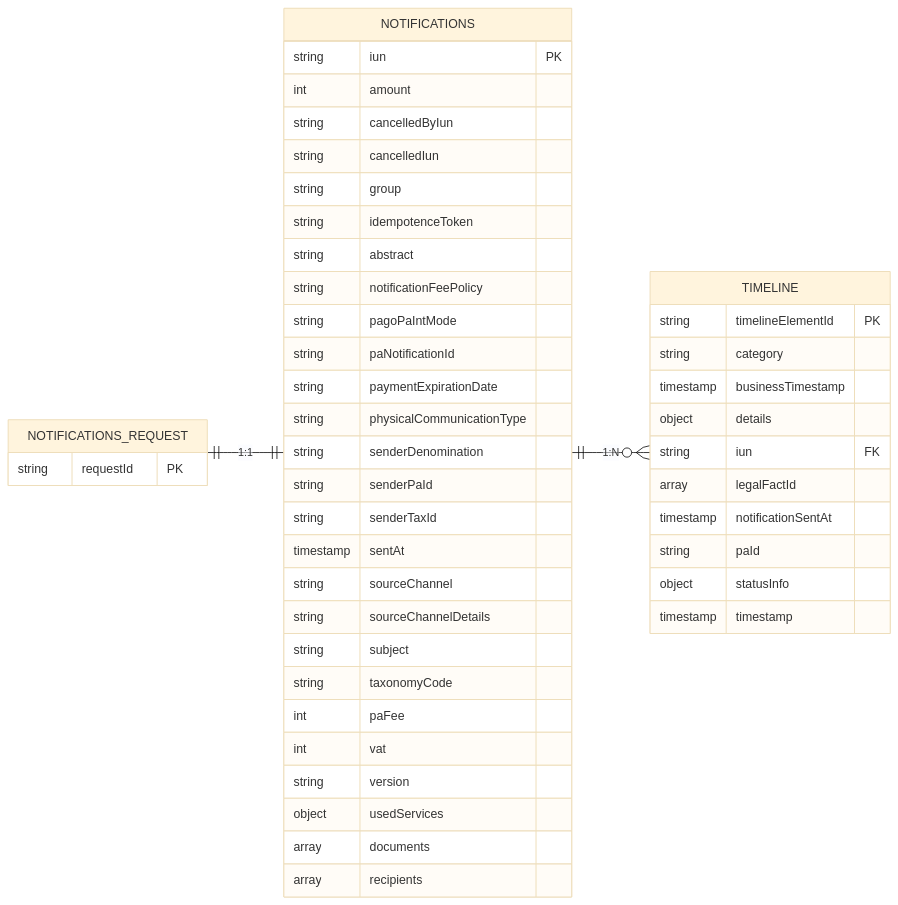
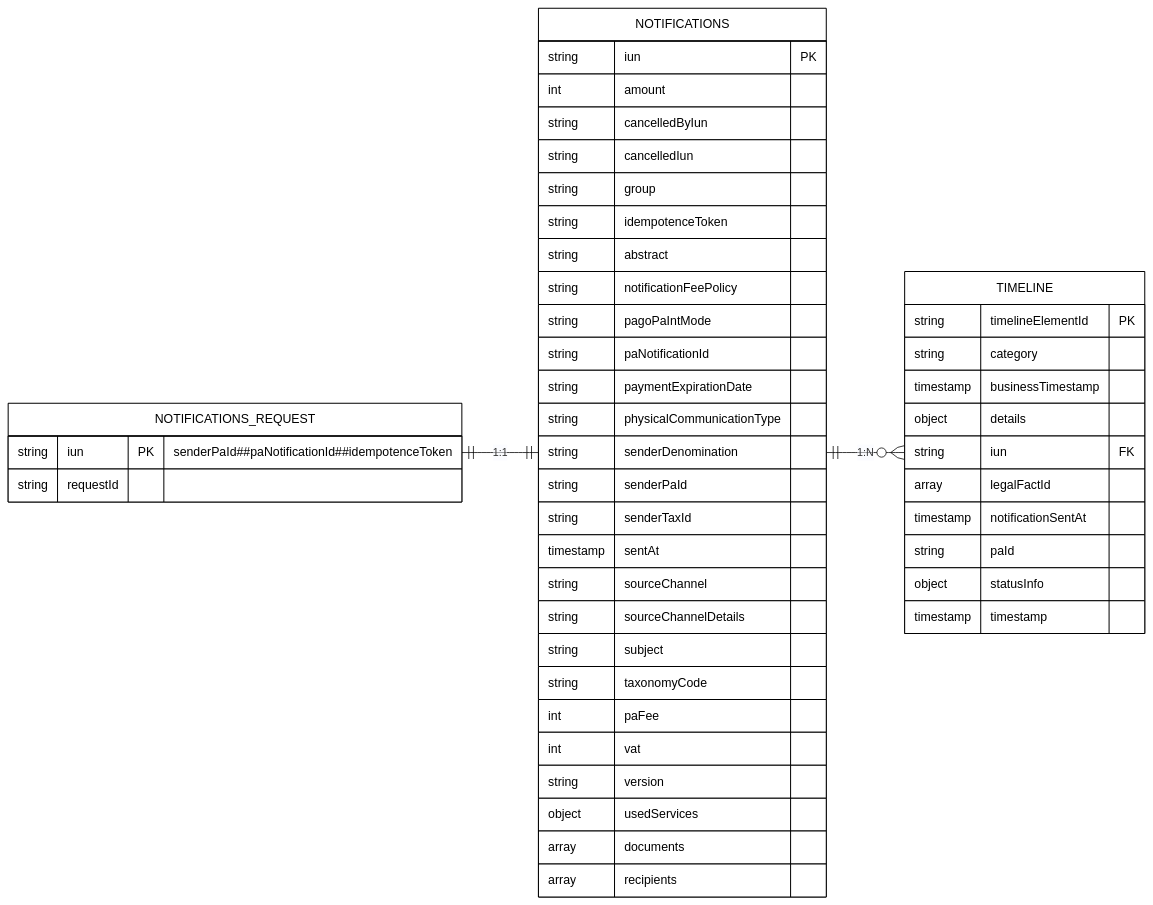
One commit to pagopa/pn-metrics changed the diagram in send_diagrams/notifications_timeline_er.mmd. Above: the diagram before and after it, drawn with Mermaid. The commit also changed 2 other files, not shown here.

Commit message:
docs: update notifications timeline ER diagram with new attributes and styles

```diff
--- a/send_diagrams/notifications_timeline_er.mmd
+++ b/send_diagrams/notifications_timeline_er.mmd
@@ -1,61 +1,66 @@
 %%{init: {
   "theme": "base",
   "themeVariables": {
-    "labelBackgroundColor": "#0B3D91",
-    "labelTextColor": "#FFFFFF",
+    "labelBackgroundColor": "#FFFFFF",
+    "labelTextColor": "#000000",
     "entityBkgColor": "#FFFFFF",
     "attributeBkgColor": "#FFFFFF",
     "background": "#FFFFFF"
   }
 }}%%
 erDiagram
     direction LR
 
     NOTIFICATIONS {
         string iun PK
         int amount
         string cancelledByIun
         string cancelledIun
         string group
         string idempotenceToken
         string abstract
         string notificationFeePolicy
         string pagoPaIntMode
         string paNotificationId
         string paymentExpirationDate
         string physicalCommunicationType
         string senderDenomination
         string senderPaId
         string senderTaxId
         timestamp sentAt
         string sourceChannel
         string sourceChannelDetails
         string subject
         string taxonomyCode
         int paFee
         int vat
         string version
         object usedServices
         array documents
         array recipients
     }
 
     NOTIFICATIONS_REQUEST {
-        string requestId PK
+        string iun PK "senderPaId##paNotificationId##idempotenceToken"
+        string requestId
     }
 
     TIMELINE {
         string timelineElementId PK
         string category
         timestamp businessTimestamp
         object details
         string iun FK
         array legalFactId
         timestamp notificationSentAt
         string paId
         object statusInfo
         timestamp timestamp
     }
 
     NOTIFICATIONS ||--o{ TIMELINE : "1:N"
     NOTIFICATIONS_REQUEST ||--|| NOTIFICATIONS : "1:1"
+
+    style NOTIFICATIONS fill:#FFFFFF,stroke:#000000,color:#000000
+    style NOTIFICATIONS_REQUEST fill:#FFFFFF,stroke:#000000,color:#000000
+    style TIMELINE fill:#FFFFFF,stroke:#000000,color:#000000
```
